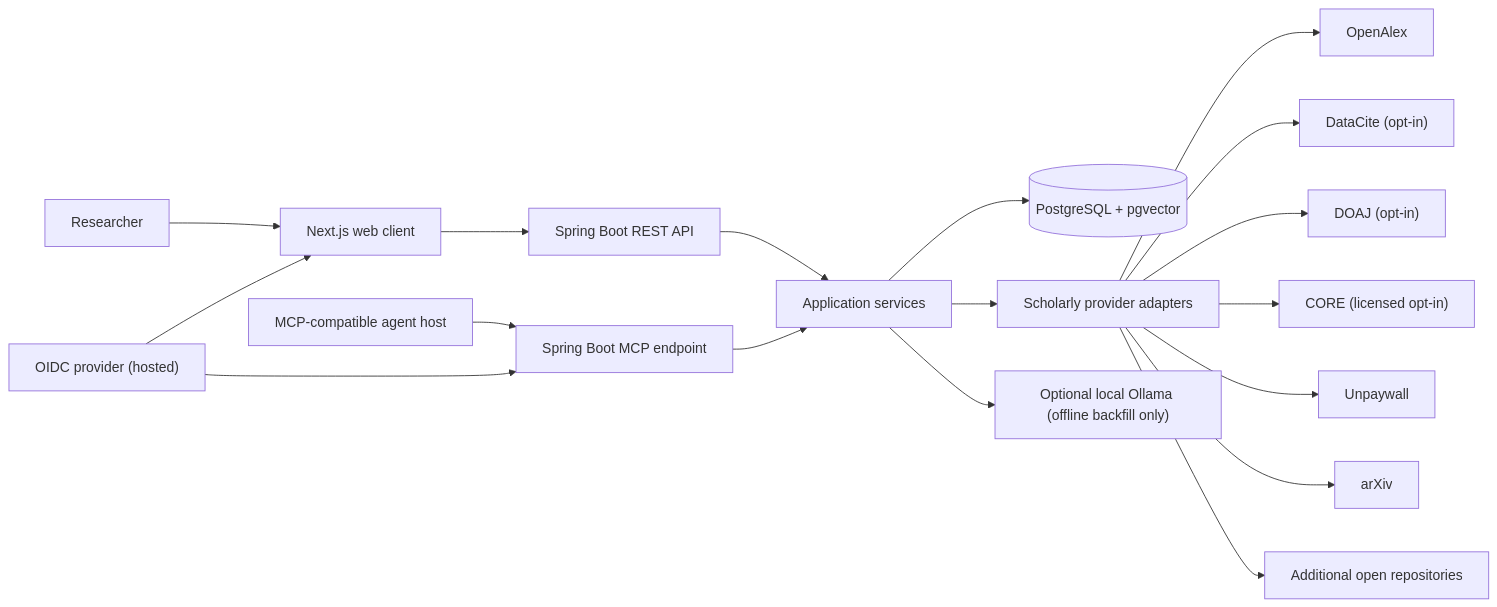
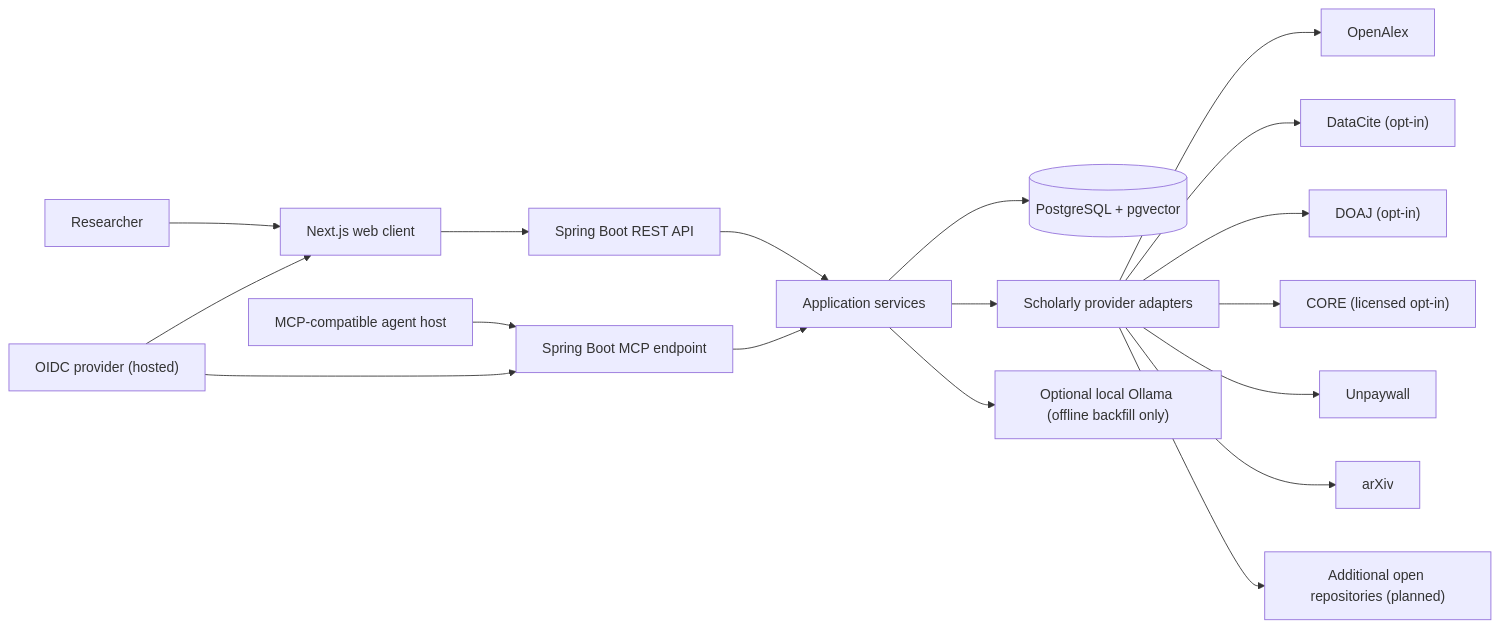
The first of 2 diagrams in docs/ARCHITECTURE.md (peprick/openscholar-mcp), drawn with Mermaid before and after one commit. The commit also changed other lines of this file and 52 other files, not shown here.

````diff
--- a/docs/ARCHITECTURE.md
+++ b/docs/ARCHITECTURE.md
@@ -5,20 +5,20 @@
 ```mermaid
 flowchart LR
     U["Researcher"] --> W["Next.js web client"]
     A["MCP-compatible agent host"] --> M["Spring Boot MCP endpoint"]
     I["OIDC provider (hosted)"] --> W
     I --> M
     W --> R["Spring Boot REST API"]
     R --> C["Application services"]
     M --> C
     C --> P[("PostgreSQL + pgvector")]
     C --> S["Scholarly provider adapters"]
     S --> OA["OpenAlex"]
     S --> DC["DataCite (opt-in)"]
     S --> DJ["DOAJ (opt-in)"]
     S --> CO["CORE (licensed opt-in)"]
     S --> UW["Unpaywall"]
     S --> AX["arXiv"]
-    S --> MO["Additional open repositories"]
+    S --> MO["Additional open repositories (planned)"]
     C --> E["Optional local Ollama (offline backfill only)"]
 ```
````
